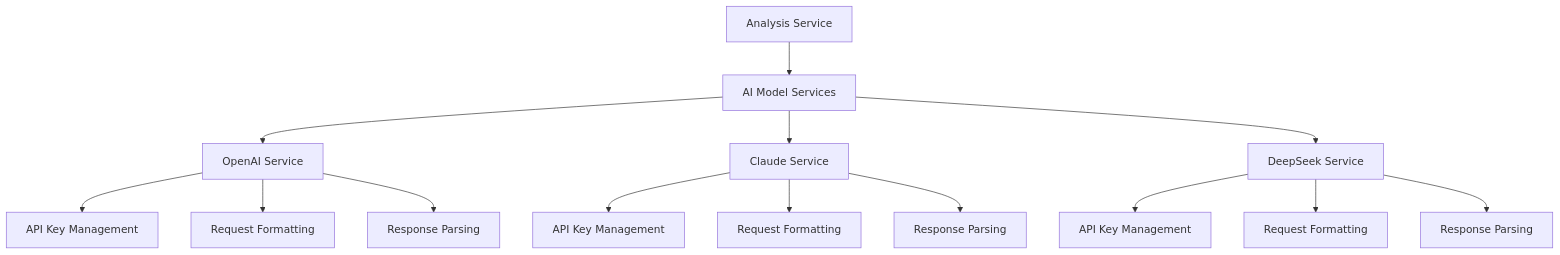
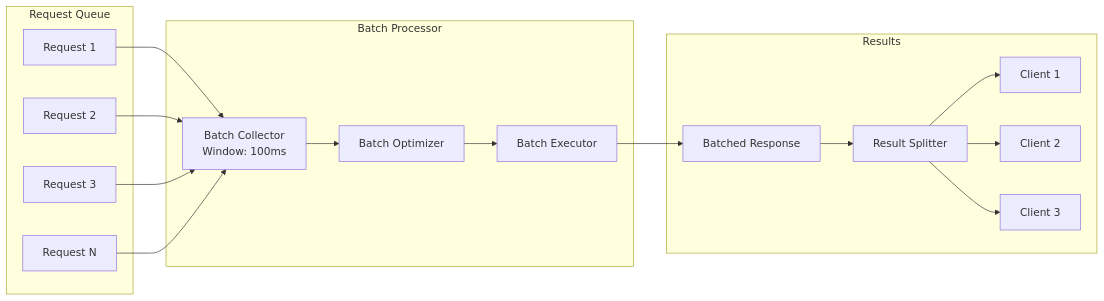
Before and after one commit to radicalkjax/Athena: the eighth of 10 diagrams in docs/API_INTEGRATION.md, drawn with Mermaid. The commit also changed other lines of this file and 94 other files, not shown here.

````diff
--- a/docs/API_INTEGRATION.md
+++ b/docs/API_INTEGRATION.md
@@ -58,19 +544,37 @@
 ```mermaid
-flowchart TD
-    A[Analysis Service] --> B[AI Model Services]
-    B --> C[OpenAI Service]
-    B --> D[Claude Service]
-    B --> E[DeepSeek Service]
+graph LR
+    subgraph "Request Queue"
+        R1[Request 1]
+        R2[Request 2]
+        R3[Request 3]
+        Rn[Request N]
+    end
     
-    C --> C1[API Key Management]
-    C --> C2[Request Formatting]
-    C --> C3[Response Parsing]
+    subgraph "Batch Processor"
+        Collector[Batch Collector<br/>Window: 100ms]
+        Optimizer[Batch Optimizer]
+        Executor[Batch Executor]
+    end
     
-    D --> D1[API Key Management]
-    D --> D2[Request Formatting]
-    D --> D3[Response Parsing]
+    subgraph "Results"
+        Result[Batched Response]
+        Splitter[Result Splitter]
+        C1[Client 1]
+        C2[Client 2]
+        C3[Client 3]
+    end
     
-    E --> E1[API Key Management]
-    E --> E2[Request Formatting]
-    E --> E3[Response Parsing]
+    R1 --> Collector
+    R2 --> Collector
+    R3 --> Collector
+    Rn --> Collector
+    
+    Collector --> Optimizer
+    Optimizer --> Executor
+    Executor --> Result
+    Result --> Splitter
+    
+    Splitter --> C1
+    Splitter --> C2
+    Splitter --> C3
 ```
````
